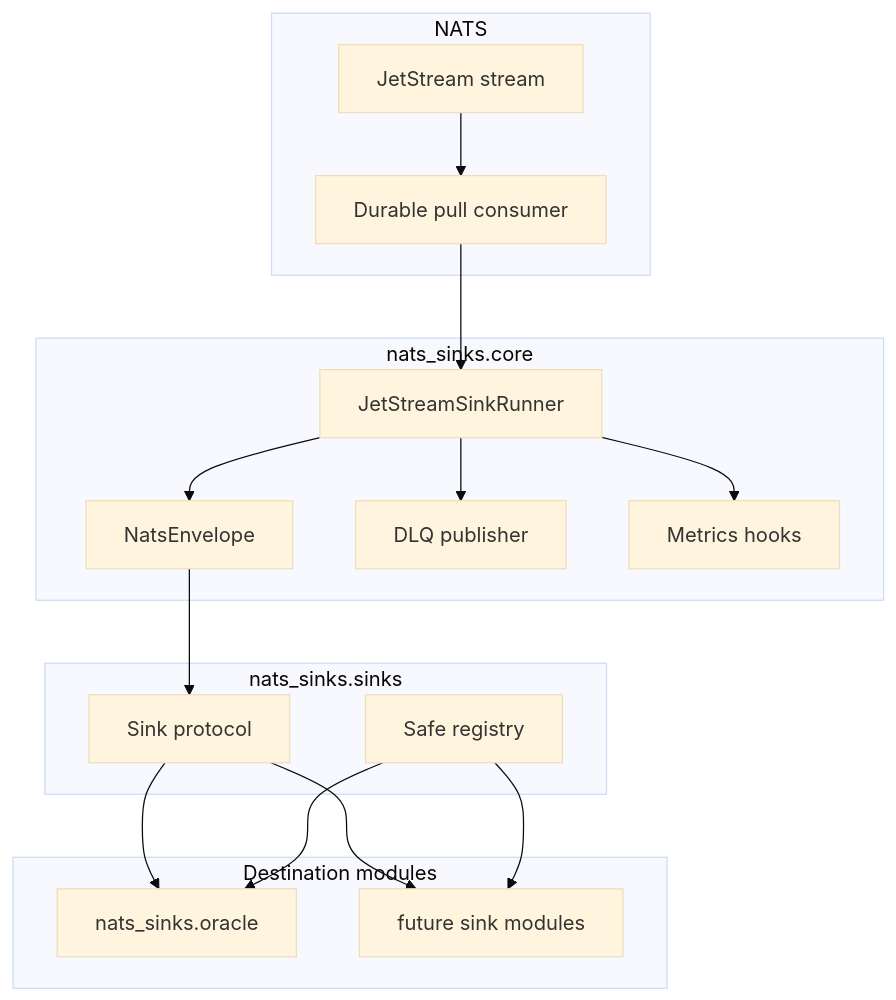
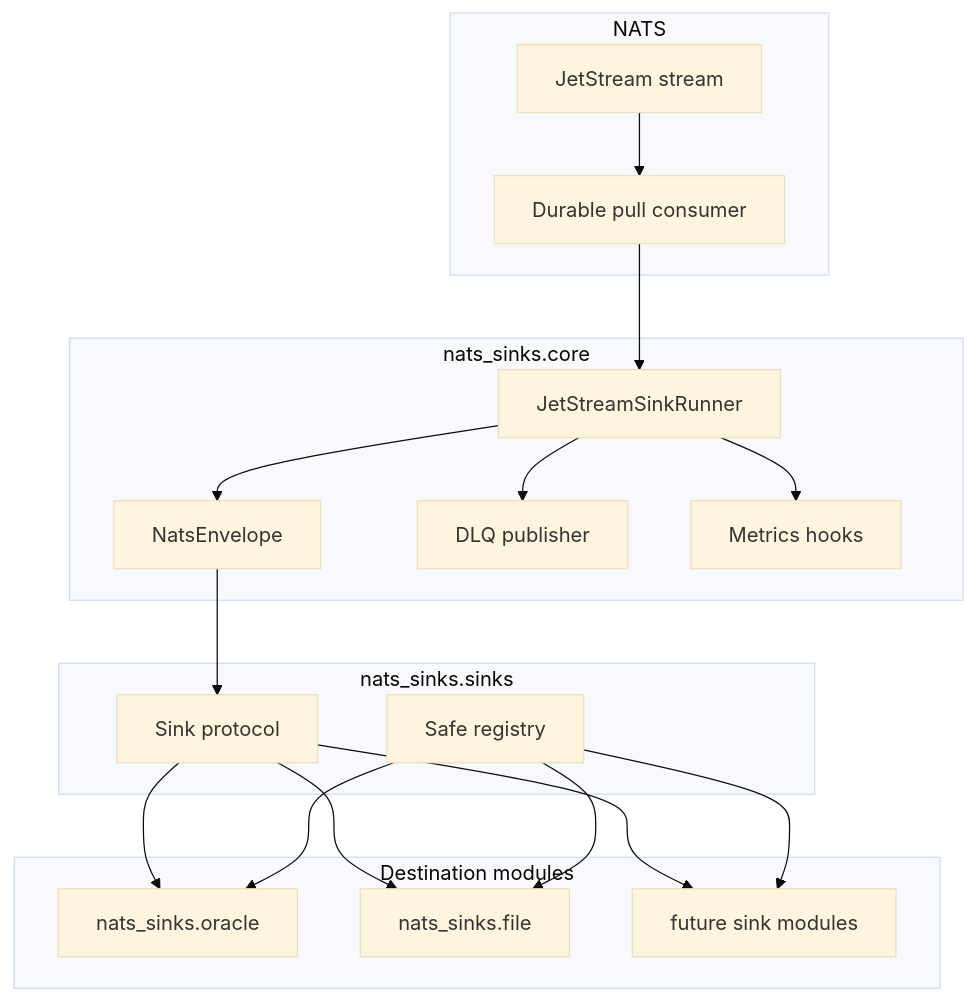
One commit to ProjectCuillin/nats-sinks changed the diagram in docs/architecture.md. Above: the diagram before and after it, drawn with Mermaid (base theme). The commit also changed other lines of this file and 53 other files, not shown here.

````diff
--- a/docs/architecture.md
+++ b/docs/architecture.md
@@ -22,33 +22,36 @@
 ```mermaid
 flowchart TB
     subgraph NATS
         Stream[JetStream stream]
         Consumer[Durable pull consumer]
     end
 
     subgraph Core[nats_sinks.core]
         Runner[JetStreamSinkRunner]
         Envelope[NatsEnvelope]
         DLQ[DLQ publisher]
         Metrics[Metrics hooks]
     end
 
     subgraph Sinks[nats_sinks.sinks]
         Protocol[Sink protocol]
         Registry[Safe registry]
     end
 
     subgraph Destinations[Destination modules]
         Oracle[nats_sinks.oracle]
+        File[nats_sinks.file]
         Future[future sink modules]
     end
 
     Stream --> Consumer --> Runner
     Runner --> Envelope --> Protocol
     Protocol --> Oracle
+    Protocol --> File
     Protocol --> Future
     Runner --> DLQ
     Runner --> Metrics
     Registry --> Oracle
+    Registry --> File
     Registry --> Future
 ```
````
